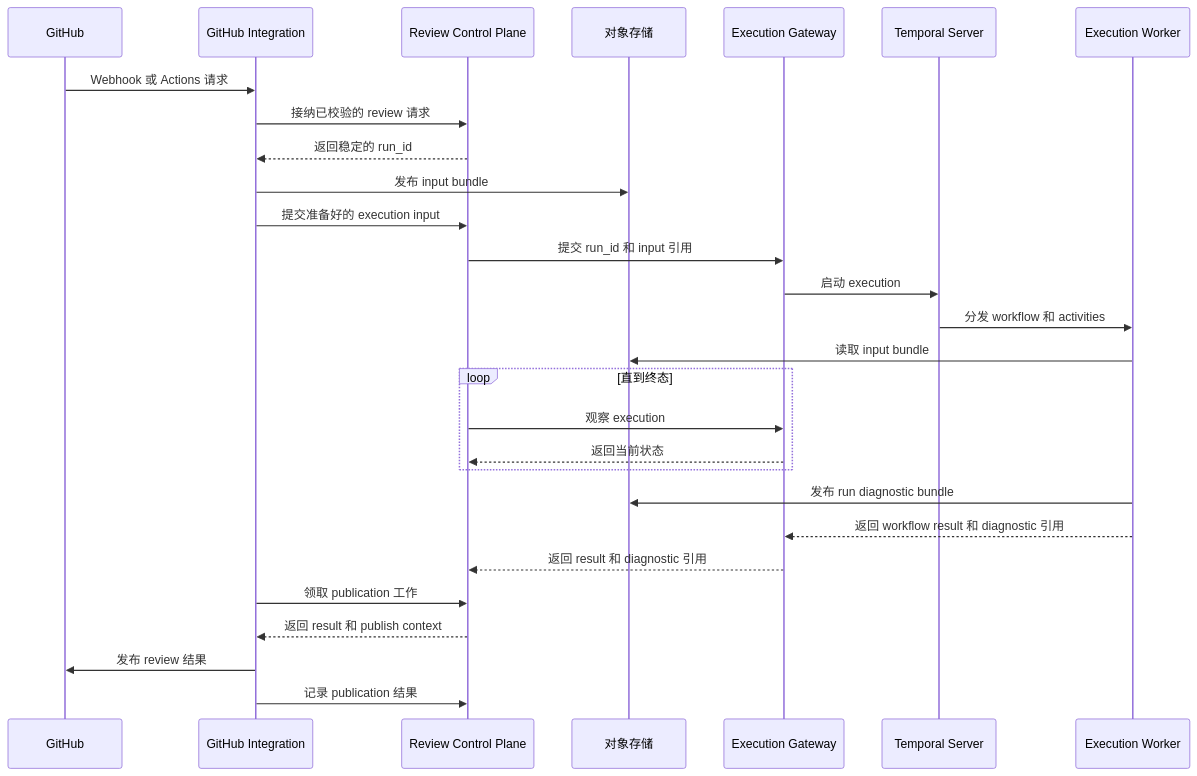
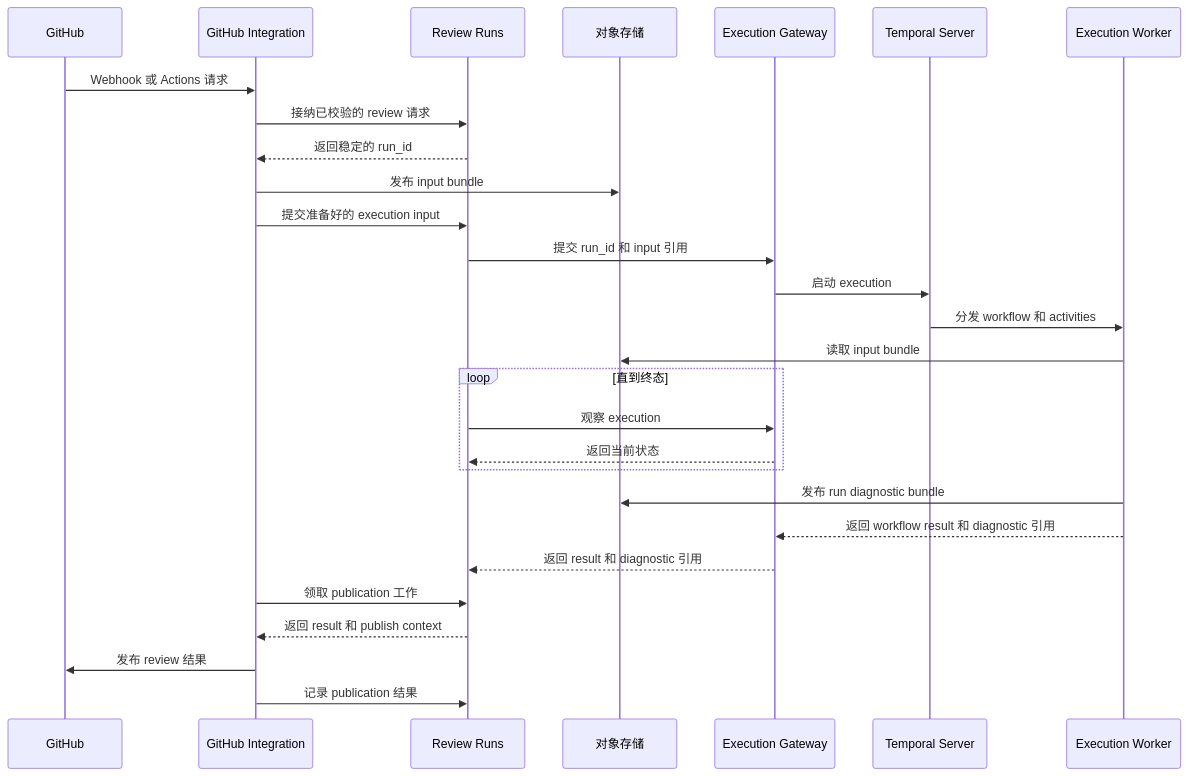
One commit to Agent-AI-Chalmers/sec-review-bot changed the first of 2 diagrams in docs/architecture/SYSTEM_ARCHITECTURE.zh.md. Above: the diagram before and after it, drawn with Mermaid. The commit also changed other lines of this file and 289 other files, not shown here.

First line of the commit message:
refactor(review-runs)!: rename control plane service and API (#159)

````diff
--- a/docs/architecture/SYSTEM_ARCHITECTURE.zh.md
+++ b/docs/architecture/SYSTEM_ARCHITECTURE.zh.md
@@ -34,31 +34,31 @@
 ```mermaid
 sequenceDiagram
   participant GitHub
   participant Integration as GitHub Integration
-  participant Control as Review Control Plane
+  participant Control as Review Runs
   participant Storage as 对象存储
   participant Gateway as Execution Gateway
   participant Temporal as Temporal Server
   participant ExecutionWorker as Execution Worker
 
   GitHub->>Integration: Webhook 或 Actions 请求
   Integration->>Control: 接纳已校验的 review 请求
   Control-->>Integration: 返回稳定的 run_id
   Integration->>Storage: 发布 input bundle
   Integration->>Control: 提交准备好的 execution input
   Control->>Gateway: 提交 run_id 和 input 引用
   Gateway->>Temporal: 启动 execution
   Temporal->>ExecutionWorker: 分发 workflow 和 activities
   ExecutionWorker->>Storage: 读取 input bundle
   loop 直到终态
     Control->>Gateway: 观察 execution
     Gateway-->>Control: 返回当前状态
   end
   ExecutionWorker->>Storage: 发布 run diagnostic bundle
   ExecutionWorker-->>Gateway: 返回 workflow result 和 diagnostic 引用
   Gateway-->>Control: 返回 result 和 diagnostic 引用
   Integration->>Control: 领取 publication 工作
   Control-->>Integration: 返回 result 和 publish context
   Integration->>GitHub: 发布 review 结果
   Integration->>Control: 记录 publication 结果
 ```
````
